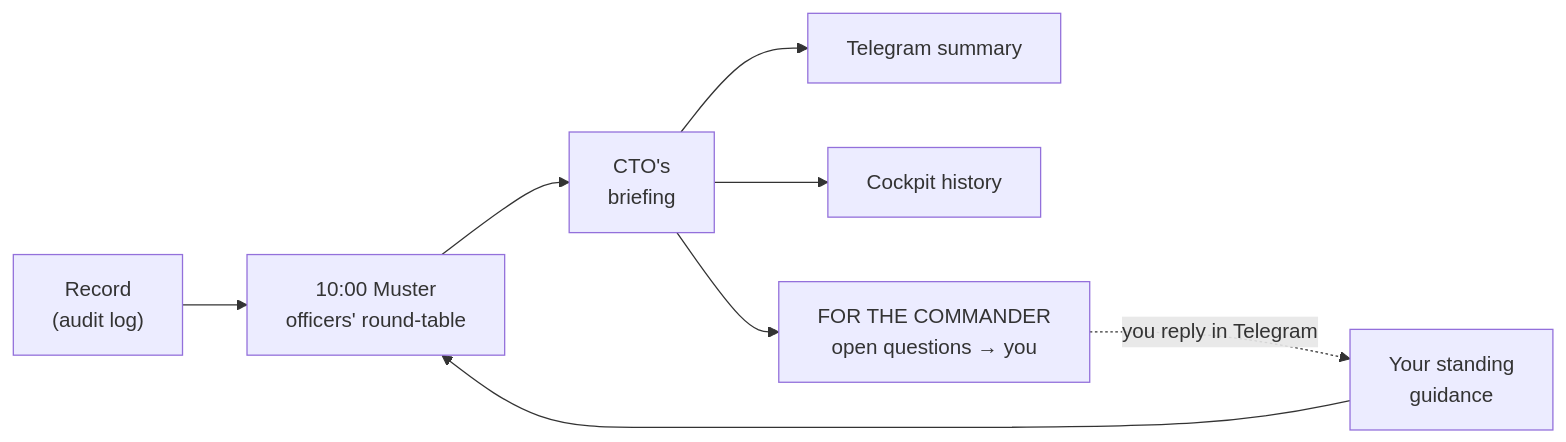
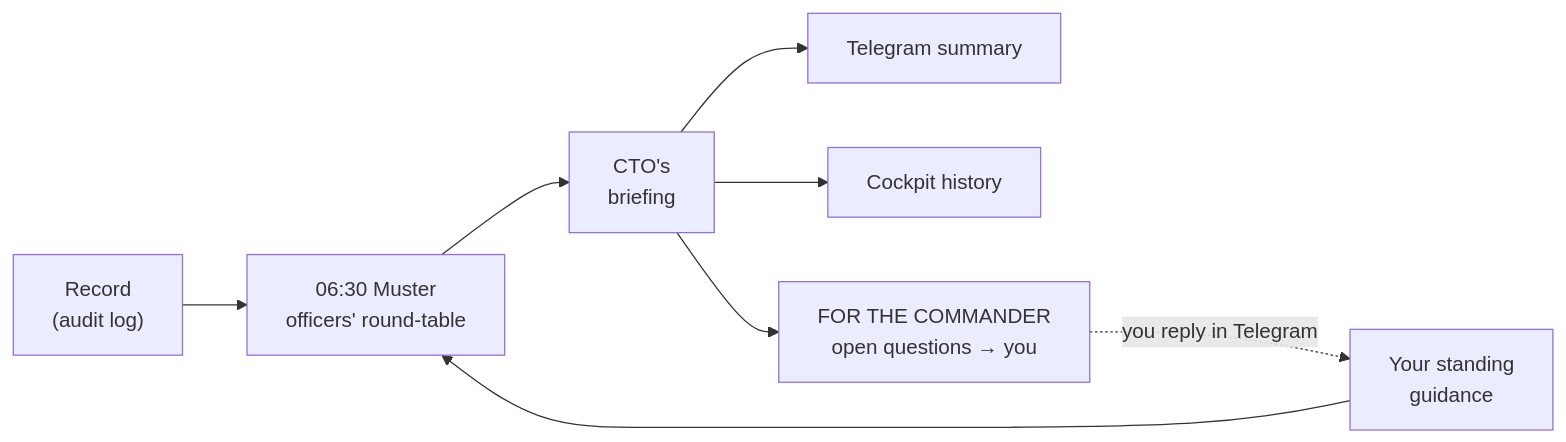
One commit to roman-berlin/Elite-Squad changed the third of 3 diagrams in ORG.md. Above: the diagram before and after it, drawn with Mermaid. The commit also changed other lines of this file and 23 other files, not shown here.

````diff
--- a/ORG.md
+++ b/ORG.md
@@ -81,10 +81,10 @@
 ```mermaid
 flowchart LR
-    REC["Record<br/>(audit log)"] --> M["10:00 Muster<br/>officers' round-table"]
+    REC["Record<br/>(audit log)"] --> M["06:30 Muster<br/>officers' round-table"]
     NOTES["Your standing<br/>guidance"] --> M
     M --> BRF["CTO's<br/>briefing"]
     BRF --> TG["Telegram summary"]
     BRF --> DASH["Cockpit history"]
     BRF --> Q["FOR THE COMMANDER<br/>open questions → you"]
     Q -. "you reply in Telegram" .-> NOTES
 ```
````
